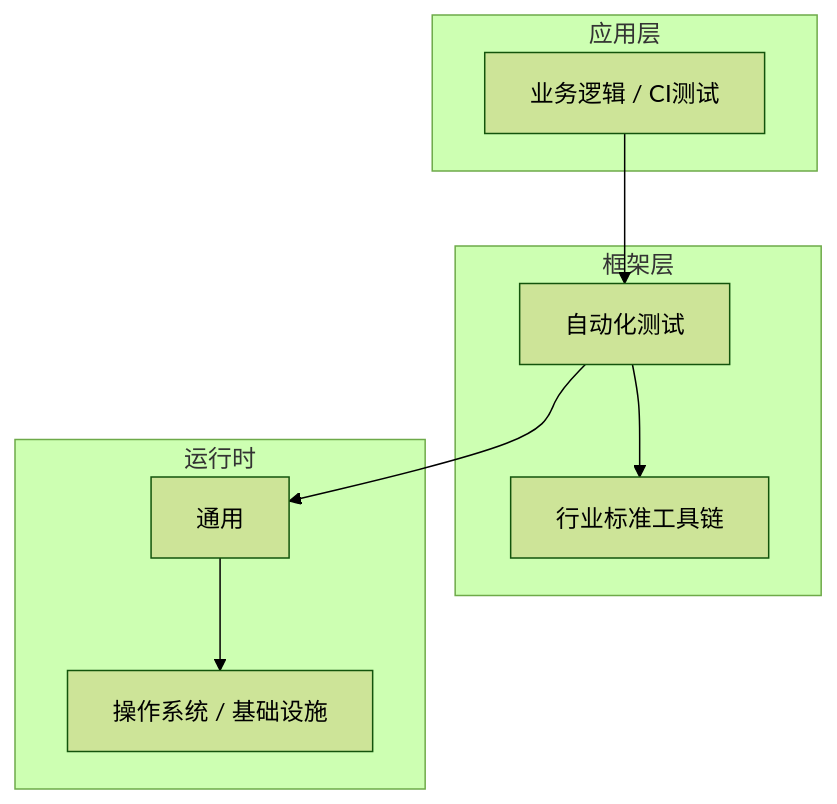
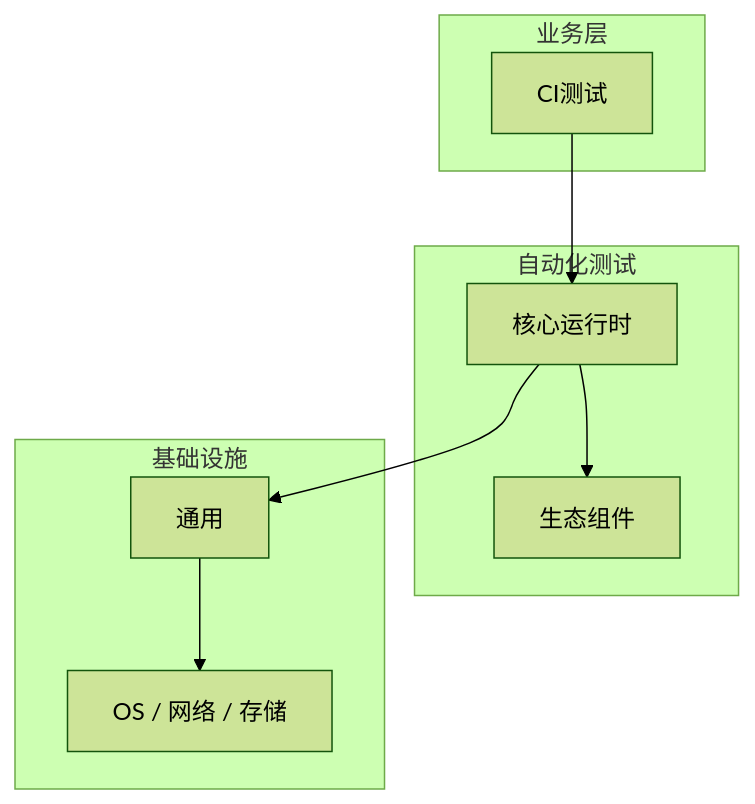
Before and after one commit to yanggan2015/knowledge-json-v2: the diagram in articles/自动化测试/chapters/083-CI测试核心概念与原理.md, drawn with Mermaid (forest theme). The commit also changed other lines of this file and 10127 other files, not shown here.

````diff
--- a/articles/自动化测试/chapters/083-CI测试核心概念与原理.md
+++ b/articles/自动化测试/chapters/083-CI测试核心概念与原理.md
@@ -45,18 +34,18 @@
 ```mermaid
 graph TB
-    subgraph 应用层
-        A[业务逻辑 / CI测试]
+    subgraph 业务层
+        A[CI测试]
     end
-    subgraph 框架层
-        B[自动化测试]
-        C[行业标准工具链]
+    subgraph 自动化测试
+        B[核心运行时]
+        C[生态组件]
     end
-    subgraph 运行时
+    subgraph 基础设施
         D[通用]
-        E[操作系统 / 基础设施]
+        E[OS / 网络 / 存储]
     end
     A --> B
     B --> C
     B --> D
     D --> E
 ```
````
